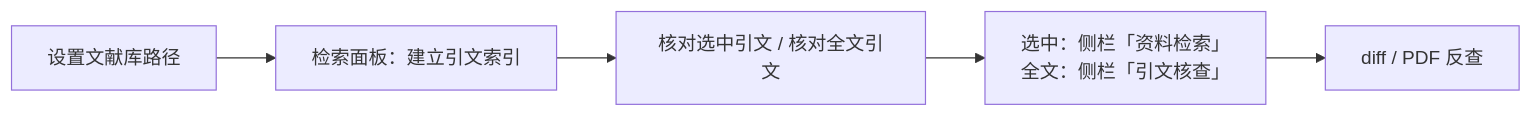
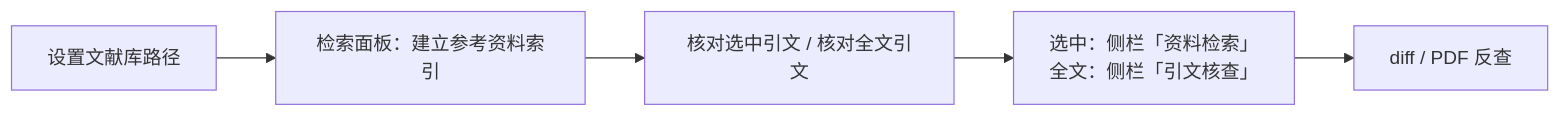
The fifth of 5 diagrams in docs/commands-cheatsheet.md (Fusyong/ai-proofread-vscode-extension), drawn with Mermaid before and after one commit. The commit also changed other lines of this file and 6 other files, not shown here.

````diff
--- a/docs/commands-cheatsheet.md
+++ b/docs/commands-cheatsheet.md
@@ -231,7 +231,7 @@
 ```mermaid
 flowchart LR
-    A["设置文献库路径"] --> B["检索面板：建立引文索引"]
+    A["设置文献库路径"] --> B["检索面板：建立参考资料索引"]
     B --> C["核对选中引文 / 核对全文引文"]
     C --> D["选中：侧栏「资料检索」<br/>全文：侧栏「引文核查」"]
     D --> E["diff / PDF 反查"]
 ```
````
